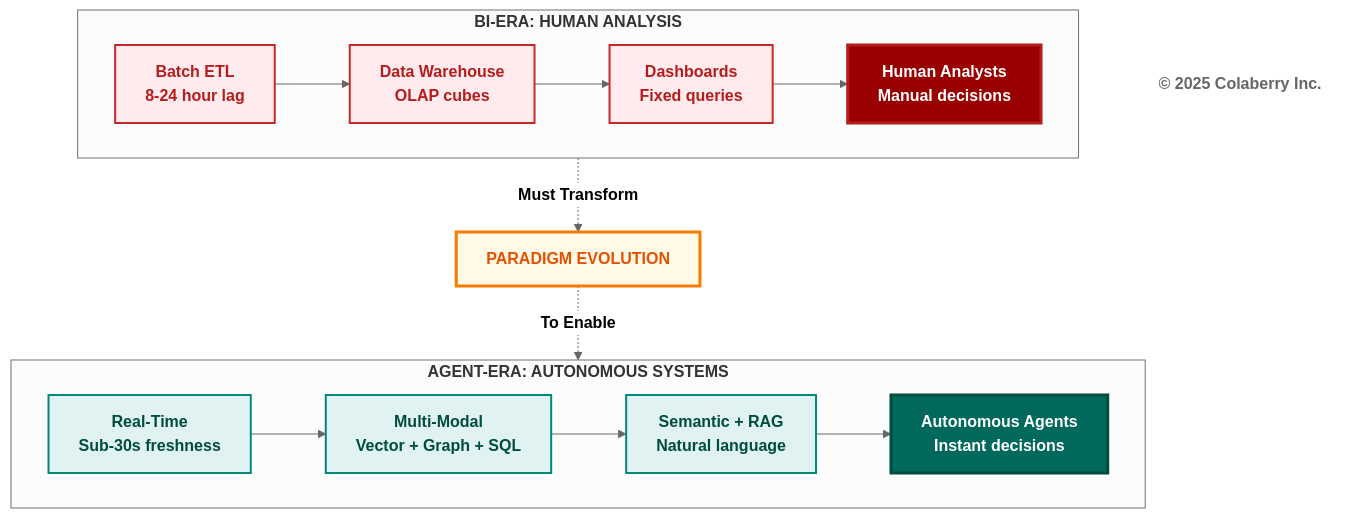
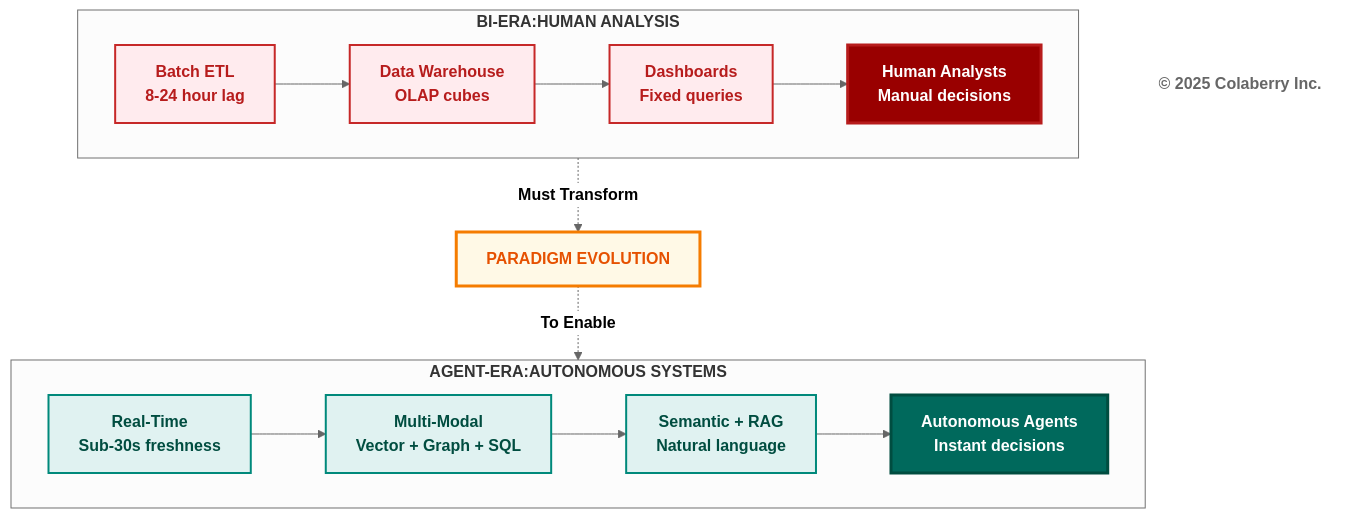
The second of 3 diagrams in manuscript/chapter_3_from_bi_to_agent_v2_5.md (colaberry/trust-before-intelligence-book), drawn with Mermaid (neutral theme) before and after one commit. The commit also changed other lines of this file, not shown here.

````diff
--- a/manuscript/chapter_3_from_bi_to_agent_v2_5.md
+++ b/manuscript/chapter_3_from_bi_to_agent_v2_5.md
@@ -173,47 +173,47 @@
 ```mermaid
 graph TB
-    subgraph old["<b>BI-ERA: HUMAN ANALYSIS</b>"]
+    subgraph old["<b>BI-ERA:HUMAN ANALYSIS</b>"]
         direction LR
         O1["<b>Batch ETL</b><br/><b>8-24 hour lag</b>"]
         O2["<b>Data Warehouse</b><br/><b>OLAP cubes</b>"]
         O3["<b>Dashboards</b><br/><b>Fixed queries</b>"]
         O4["<b>Human Analysts</b><br/><b>Manual decisions</b>"]
         
         O1 --> O2 --> O3 --> O4
     end
     
     Shift["<b>PARADIGM EVOLUTION</b>"]
     
-    subgraph new["<b>AGENT-ERA: AUTONOMOUS SYSTEMS</b>"]
+    subgraph new["<b>AGENT-ERA:AUTONOMOUS SYSTEMS</b>"]
         direction LR
         N1["<b>Real-Time</b><br/><b>Sub-30s freshness</b>"]
         N2["<b>Multi-Modal</b><br/><b>Vector + Graph + SQL</b>"]
         N3["<b>Semantic + RAG</b><br/><b>Natural language</b>"]
         N4["<b>Autonomous Agents</b><br/><b>Instant decisions</b>"]
         
         N1 --> N2 --> N3 --> N4
     end
     
     Copyright["<b>© 2025 Colaberry Inc.</b>"]
     
     old -.->|<b>Must Transform</b>| Shift
     Shift -.->|<b>To Enable</b>| new
     
     %% BI-Era (Red - Problems/Old Approach)
     style O1 fill:#ffebee,stroke:#c62828,stroke-width:2px,color:#b71c1c
     style O2 fill:#ffebee,stroke:#c62828,stroke-width:2px,color:#b71c1c
     style O3 fill:#ffebee,stroke:#c62828,stroke-width:2px,color:#b71c1c
     style O4 fill:#990000,color:#ffffff,stroke:#b71c1c,stroke-width:3px
     
     %% Agent-Era (Teal - Solutions/Modern Approach)
     style N1 fill:#e0f2f1,stroke:#00897b,stroke-width:2px,color:#004d40
     style N2 fill:#e0f2f1,stroke:#00897b,stroke-width:2px,color:#004d40
     style N3 fill:#e0f2f1,stroke:#00897b,stroke-width:2px,color:#004d40
     style N4 fill:#00695c,color:#ffffff,stroke:#004d40,stroke-width:3px
     
     %% Transition Element
     style Shift fill:#fff9e6,stroke:#f57c00,stroke-width:3px,color:#e65100
     
     %% Copyright
     style Copyright fill:#ffffff,stroke:none,color:#666666
 ```
````
